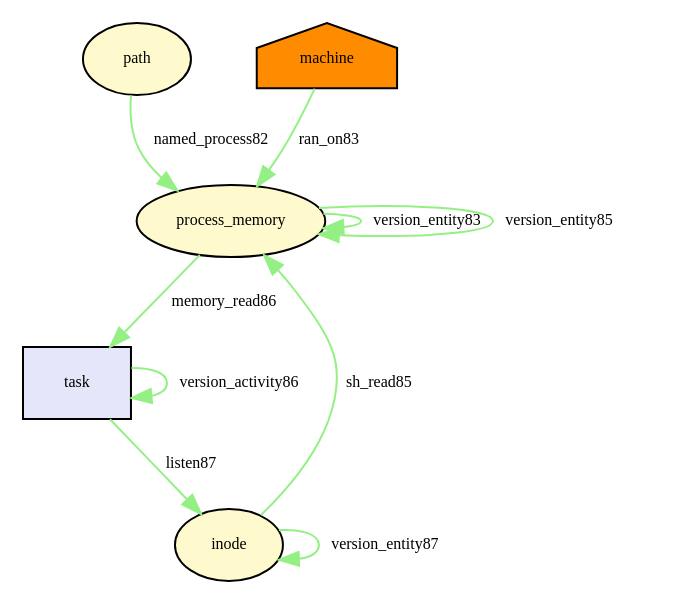
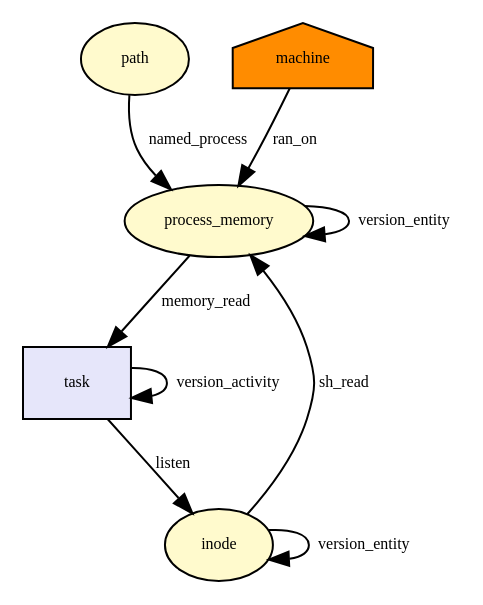
One commit to TinkerBellSystem/graph-matching changed the diagram in tmp/provenance_socket_listen.dot. Above: the diagram before and after it, drawn with Graphviz. The commit also changed 64 other files, not shown here.

Commit message:
simply graph

```diff
--- a/tmp/provenance_socket_listen.dot
+++ b/tmp/provenance_socket_listen.dot
@@ -1,29 +1,27 @@
 digraph RGL__DirectedAdjacencyGraph {path[fontsize = 8,label = "path",shape = ellipse, fillcolor="#fffacd", style = filled]
 
 process_memory[fontsize = 8,label = "process_memory",shape = ellipse, fillcolor="#fffacd", style = filled]
 
-path -> process_memory[fontsize = 8,label = "named_process82", color="#94f084"]
+path -> process_memory[fontsize = 8,label = "named_process", color="#000000"]
 
-process_memory -> process_memory[fontsize = 8,label = "version_entity83", color="#94f084"]
+process_memory -> process_memory[fontsize = 8,label = "version_entity", color="#000000"]
 
 machine[fontsize = 8,label = "machine",shape = house, fillcolor="#ff8c00", style = filled]
 
-machine -> process_memory[fontsize = 8,label = "ran_on83", color="#94f084"]
-
-process_memory -> process_memory[fontsize = 8,label = "version_entity85", color="#94f084"]
+machine -> process_memory[fontsize = 8,label = "ran_on", color="#000000"]
 
 inode[fontsize = 8,label = "inode",shape = ellipse, fillcolor="#fffacd", style = filled]
 
-inode -> process_memory[fontsize = 8,label = "sh_read85", color="#94f084"]
+inode -> process_memory[fontsize = 8,label = "sh_read", color="#000000"]
 
 task[fontsize = 8,label = "task",shape = rectangle, fillcolor="#e6e6fa", style = filled]
 
-task -> task[fontsize = 8,label = "version_activity86", color="#94f084"]
+task -> task[fontsize = 8,label = "version_activity", color="#000000"]
 
-process_memory -> task[fontsize = 8,label = "memory_read86", color="#94f084"]
+process_memory -> task[fontsize = 8,label = "memory_read", color="#000000"]
 
-inode -> inode[fontsize = 8,label = "version_entity87", color="#94f084"]
+inode -> inode[fontsize = 8,label = "version_entity", color="#000000"]
 
-task -> inode[fontsize = 8,label = "listen87", color="#94f084"]
+task -> inode[fontsize = 8,label = "listen", color="#000000"]
 
 }
```
